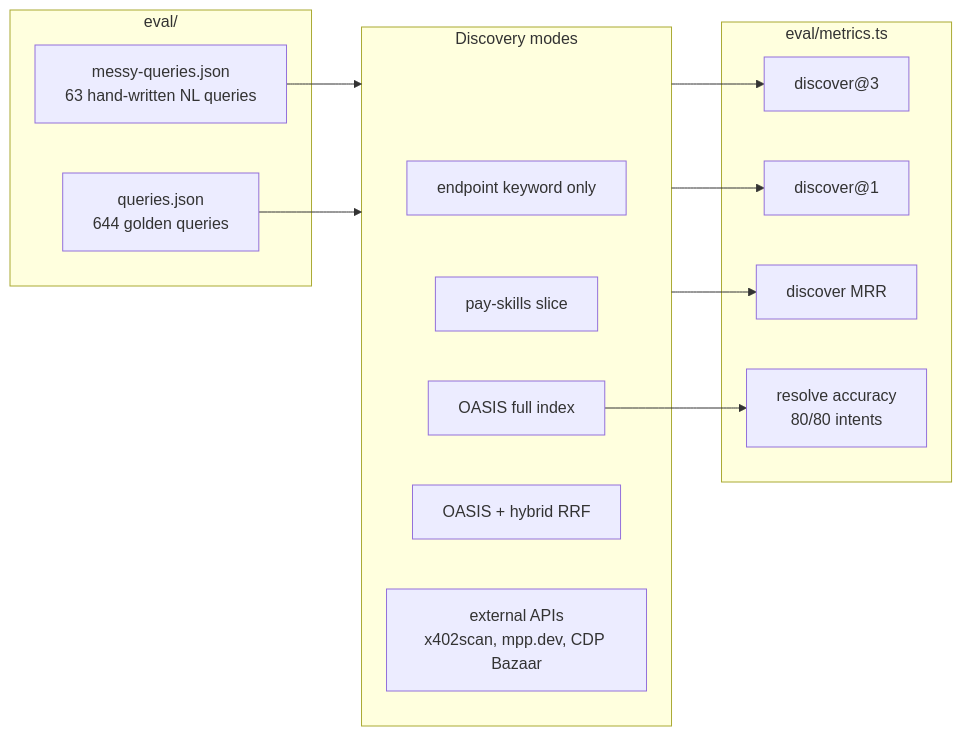
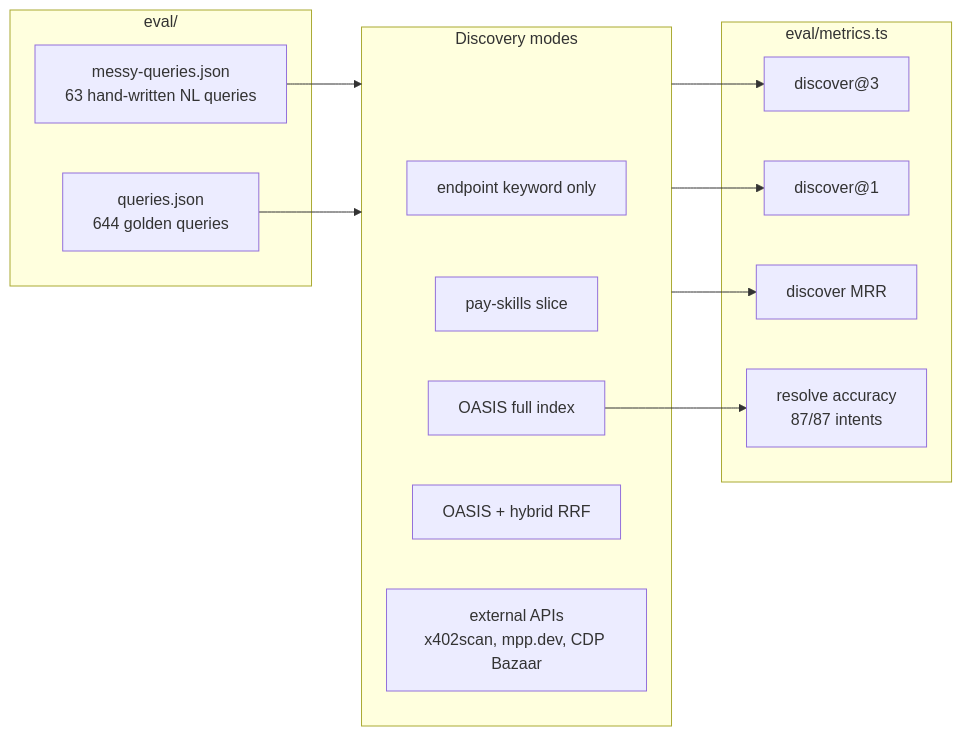
Before and after one commit to Syntalic/OASIS: the fifth of 5 diagrams in ARCHITECTURE.md, drawn with Mermaid. The commit also changed other lines of this file and 5 other files, not shown here.

````diff
--- a/ARCHITECTURE.md
+++ b/ARCHITECTURE.md
@@ -237,29 +237,29 @@
 ```mermaid
 flowchart LR
   subgraph queries["eval/"]
     MQ["messy-queries.json<br/>63 hand-written NL queries"]
     GQ["queries.json<br/>644 golden queries"]
   end
 
   subgraph modes["Discovery modes"]
     KW2["endpoint keyword only"]
     PS2["pay-skills slice"]
     FULL["OASIS full index"]
     HYB["OASIS + hybrid RRF"]
     EXT["external APIs<br/>x402scan, mpp.dev, CDP Bazaar"]
   end
 
   subgraph metrics["eval/metrics.ts"]
     D3["discover@3"]
     D1["discover@1"]
     MRR["discover MRR"]
-    RES["resolve accuracy<br/>80/80 intents"]
+    RES["resolve accuracy<br/>87/87 intents"]
   end
 
   MQ --> modes
   GQ --> modes
   modes --> D3
   modes --> D1
   modes --> MRR
   FULL --> RES
 ```
````
